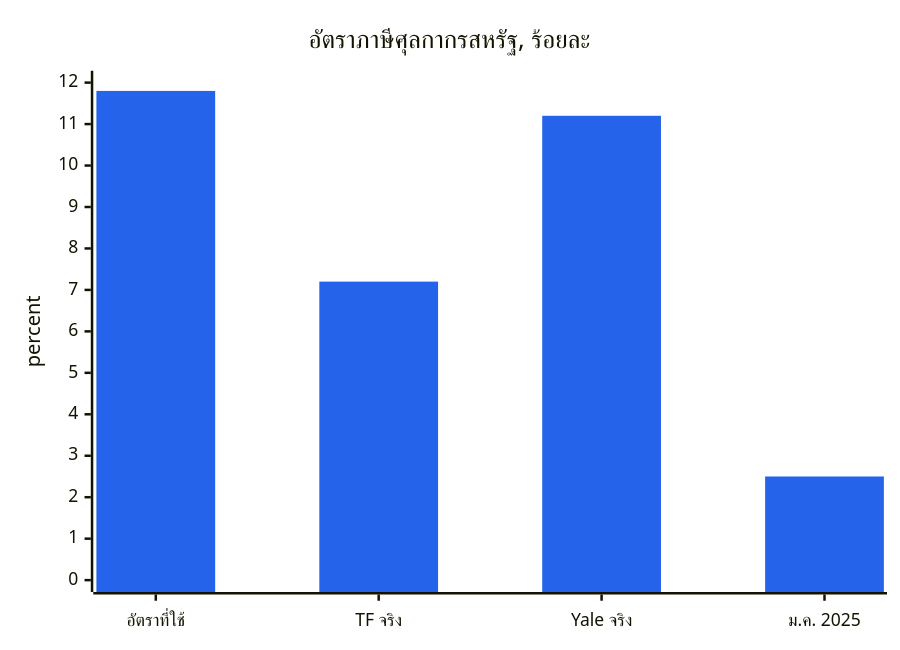
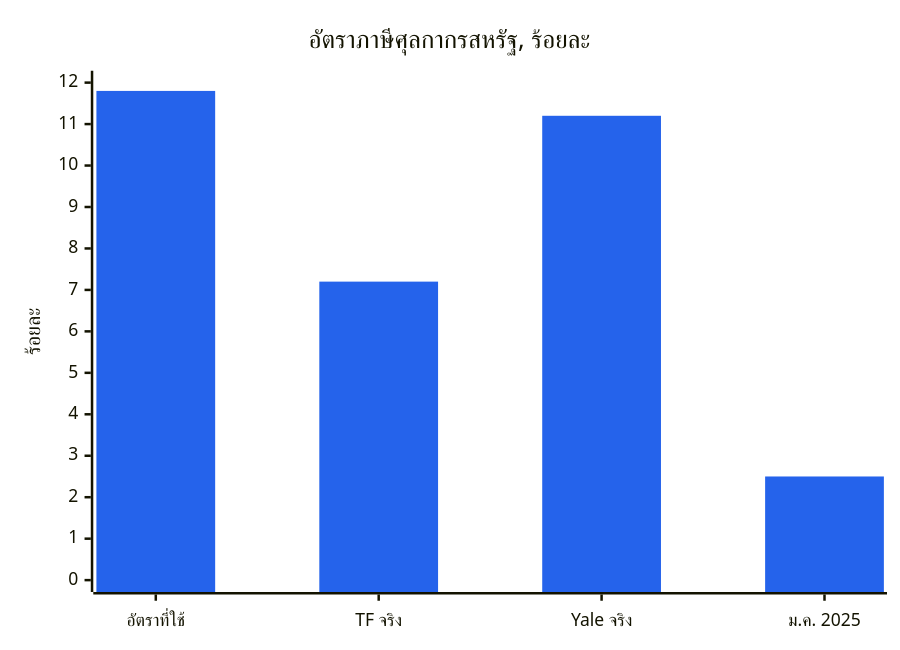
The seventh of 15 diagrams in Global-Trade-Intelligence-weekly-2026-11-23/index.th.md (dureach/research), drawn with Mermaid before and after one commit. The commit also changed other lines of this file and 5 other files, not shown here.

````diff
--- a/Global-Trade-Intelligence-weekly-2026-11-23/index.th.md
+++ b/Global-Trade-Intelligence-weekly-2026-11-23/index.th.md
@@ -463,8 +463,8 @@
 ```mermaid
 %%{init: {'theme': 'base', 'themeVariables': {'xyChart': {'plotColorPalette': '#2563eb'}}}}%%
 xychart-beta
     title "อัตราภาษีศุลกากรสหรัฐ, ร้อยละ"
     x-axis ["อัตราที่ใช้", "TF จริง", "Yale จริง", "ม.ค. 2025"]
-    y-axis "percent" 0 --> 12
+    y-axis "ร้อยละ" 0 --> 12
     bar [11.8, 7.2, 11.2, 2.5]
 ```
````
